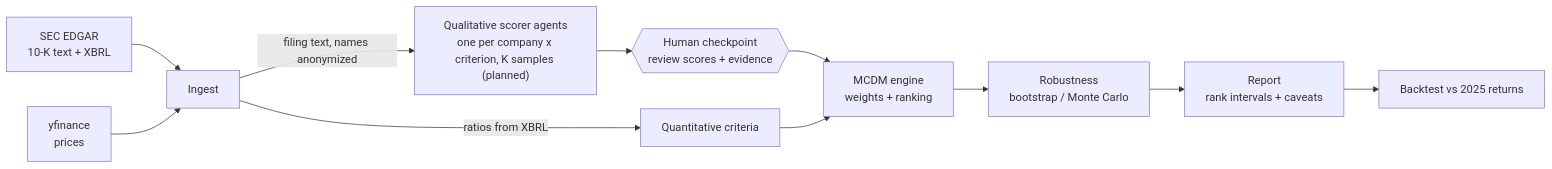
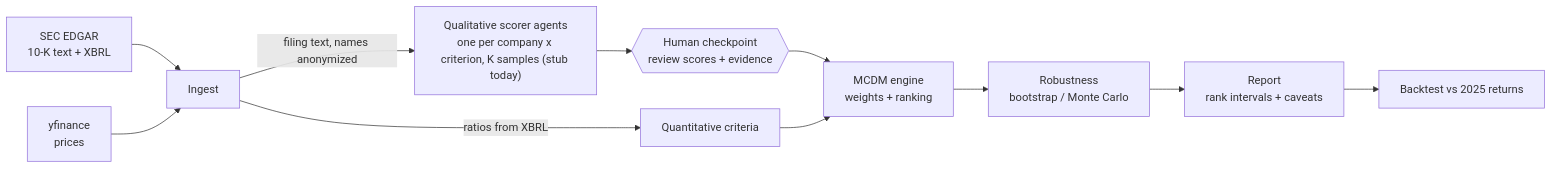
The third of 6 diagrams in docs/architecture/overview.md (whoimad/maid), drawn with Mermaid before and after one commit. The commit also changed other lines of this file and 1 other file, not shown here.

First line of the commit message:
docs(architecture): mark demo-built parts in overview and uncertainty

````diff
--- a/docs/architecture/overview.md
+++ b/docs/architecture/overview.md
@@ -79,13 +79,13 @@
 ```mermaid
 flowchart LR
     A[SEC EDGAR<br/>10-K text + XBRL] --> I[Ingest]
     B[yfinance<br/>prices] --> I
     I -->|ratios from XBRL| Q[Quantitative criteria]
-    I -->|filing text, names anonymized| S["Qualitative scorer agents<br/>one per company x criterion, K samples (planned)"]
+    I -->|filing text, names anonymized| S["Qualitative scorer agents<br/>one per company x criterion, K samples (stub today)"]
     S --> H{{Human checkpoint<br/>review scores + evidence}}
     H --> M[MCDM engine<br/>weights + ranking]
     Q --> M
     M --> R[Robustness<br/>bootstrap / Monte Carlo]
     R --> O[Report<br/>rank intervals + caveats]
     O --> E[Backtest vs 2025 returns]
 ```
````
